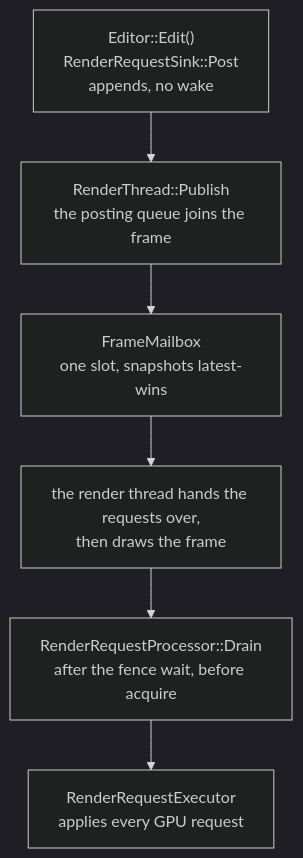
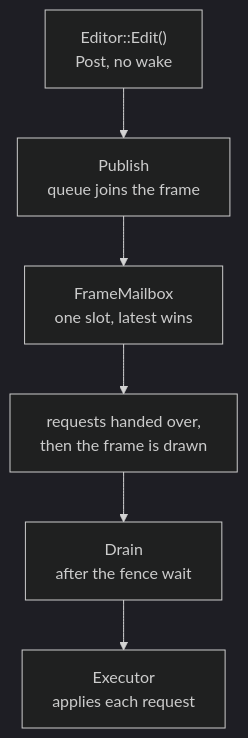
One commit to XDzZyq/Neurus changed the third of 3 diagrams in docs/architecture/data-flow.md. Above: the diagram before and after it, drawn with Mermaid (dark theme). The commit also changed 14 other files, not shown here.

First line of the commit message:
docs(diagrams): cut node labels to two short lines

````diff
--- a/docs/architecture/data-flow.md
+++ b/docs/architecture/data-flow.md
@@ -129,11 +129,11 @@
 ```mermaid
 flowchart TD
-    edit["Editor::Edit()<br/>RenderRequestSink::Post<br/>appends, no wake"]
-    publish["RenderThread::Publish<br/>the posting queue joins the frame"]
-    mailbox["FrameMailbox<br/>one slot, snapshots latest-wins"]
-    handoff["the render thread hands the requests over,<br/>then draws the frame"]
-    drain["RenderRequestProcessor::Drain<br/>after the fence wait, before acquire"]
-    execute["RenderRequestExecutor<br/>applies every GPU request"]
+    edit["Editor::Edit()<br/>Post, no wake"]
+    publish["Publish<br/>queue joins the frame"]
+    mailbox["FrameMailbox<br/>one slot, latest wins"]
+    handoff["requests handed over,<br/>then the frame is drawn"]
+    drain["Drain<br/>after the fence wait"]
+    execute["Executor<br/>applies each request"]
 
     edit --> publish --> mailbox --> handoff --> drain --> execute
 ```
````
